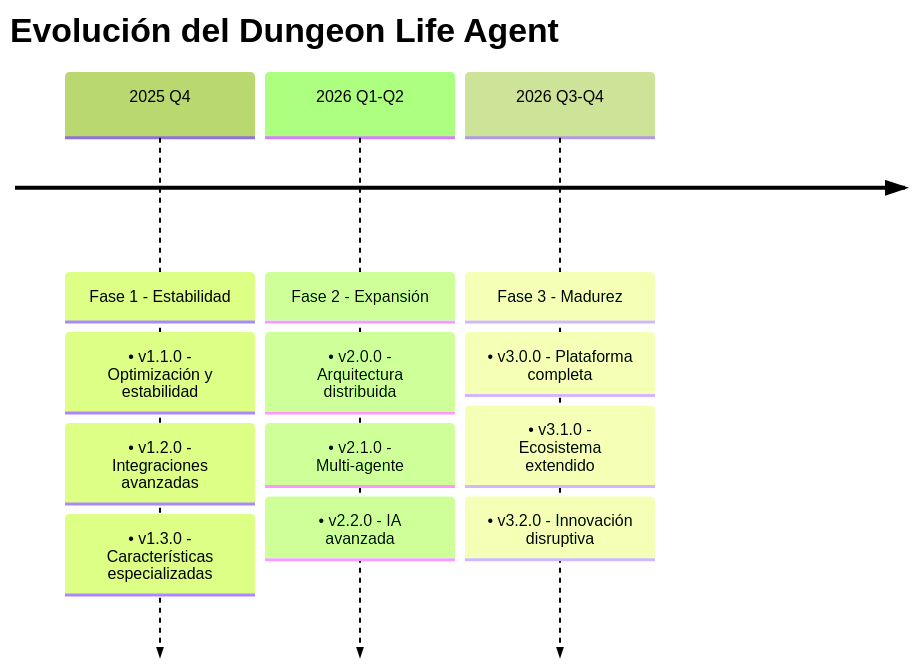
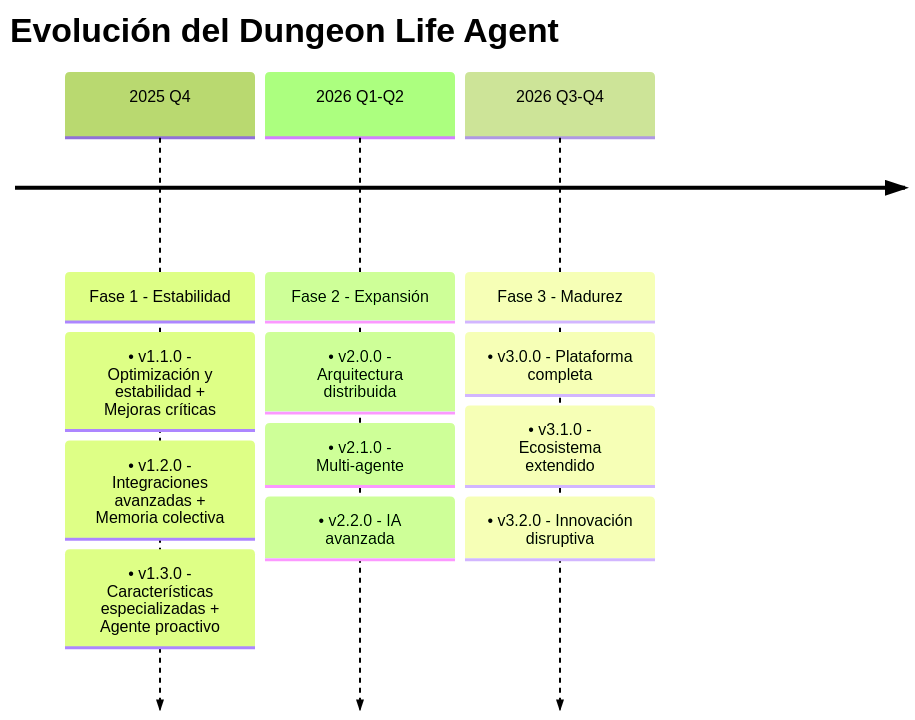
One commit to DungeonMoore/DungeonLifeAgent changed the first of 3 diagrams in Documentacion/14_Roadmap_y_Evolucion.md. Above: the diagram before and after it, drawn with Mermaid (forest theme). The commit also changed other lines of this file and 16 other files, not shown here.

````diff
--- a/Documentacion/14_Roadmap_y_Evolucion.md
+++ b/Documentacion/14_Roadmap_y_Evolucion.md
@@ -29,18 +29,18 @@
 ```mermaid
 timeline
     title Evolución del Dungeon Life Agent
     2025 Q4 : Fase 1 - Estabilidad
-           : • v1.1.0 - Optimización y estabilidad
-           : • v1.2.0 - Integraciones avanzadas
-           : • v1.3.0 - Características especializadas
+           : • v1.1.0 - Optimización y estabilidad + Mejoras críticas
+           : • v1.2.0 - Integraciones avanzadas + Memoria colectiva
+           : • v1.3.0 - Características especializadas + Agente proactivo
 
     2026 Q1-Q2 : Fase 2 - Expansión
            : • v2.0.0 - Arquitectura distribuida
            : • v2.1.0 - Multi-agente
            : • v2.2.0 - IA avanzada
 
     2026 Q3-Q4 : Fase 3 - Madurez
            : • v3.0.0 - Plataforma completa
            : • v3.1.0 - Ecosistema extendido
            : • v3.2.0 - Innovación disruptiva
 ```
````
